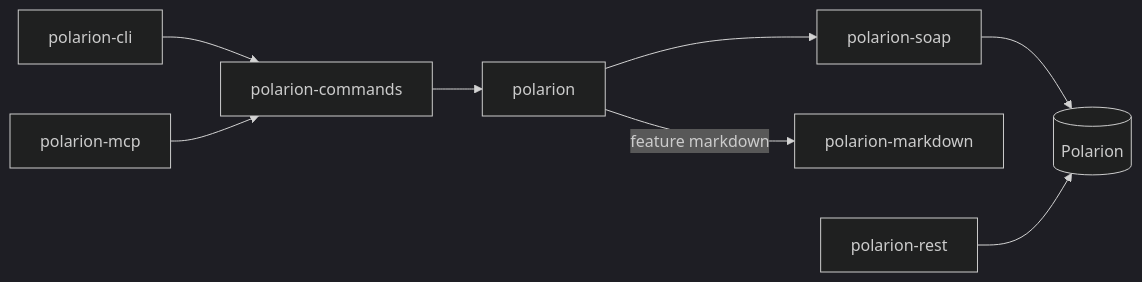
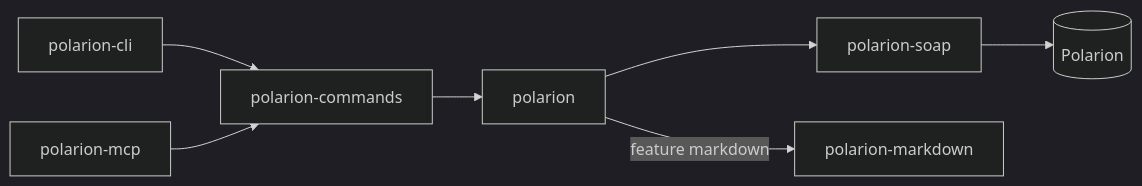
The diagram in docs/README.md (KevinGliewe/Polarion-rs), drawn with Mermaid (dark theme) before and after one commit. The commit also changed other lines of this file and 35 other files, not shown here.

First line of the commit message:
Remove polarion-rest, its generator and the OpenAPI spec

````diff
--- a/docs/README.md
+++ b/docs/README.md
@@ -6,10 +6,9 @@
 ```mermaid
 flowchart LR
     cli["polarion-cli"] --> commands["polarion-commands"]
     mcp["polarion-mcp"] --> commands
     commands --> lib["polarion"]
     lib --> soap["polarion-soap"]
     lib -- "feature markdown" --> md["polarion-markdown"]
     soap --> server[("Polarion")]
-    rest["polarion-rest"] --> server
 ```
````
